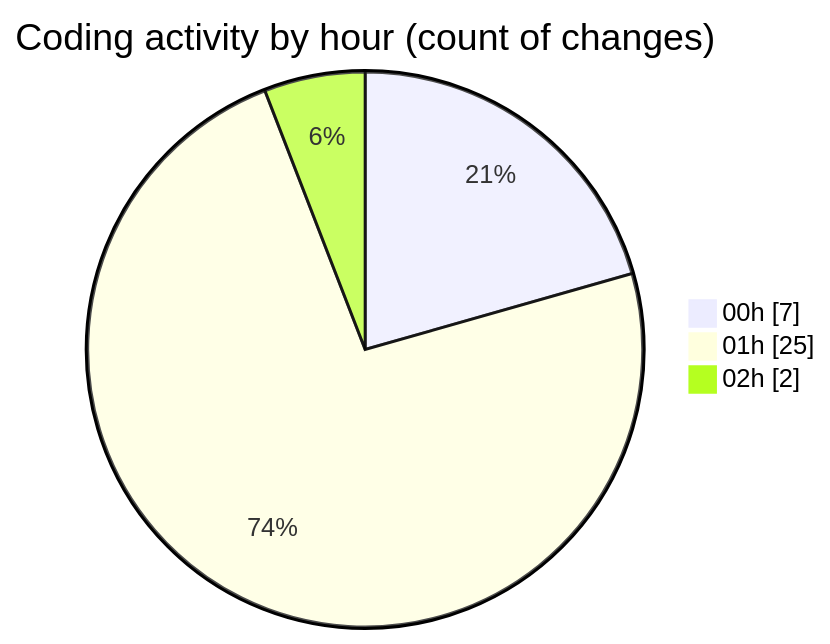
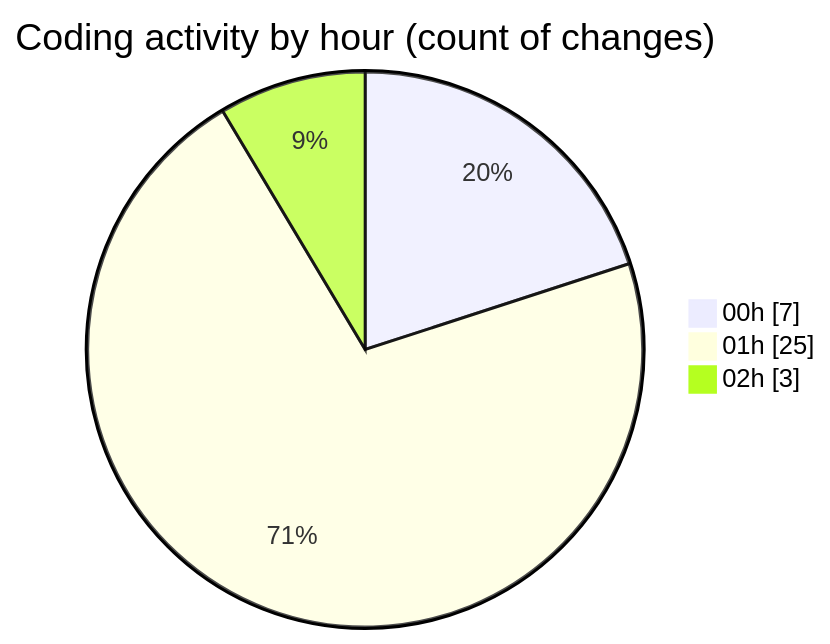
The second of 2 diagrams in 2025-08-06/tw-server/README.md (EIIisD/code-tracking), drawn with Mermaid before and after one commit. The commit also changed other lines of this file and 1 other file, not shown here.

````diff
--- a/2025-08-06/tw-server/README.md
+++ b/2025-08-06/tw-server/README.md
@@ -36,7 +37,7 @@
 ```mermaid
 pie showData
 title Coding activity by hour (count of changes)
 "00h" : 7
 "01h" : 25
-"02h" : 2
+"02h" : 3
 ```
````
